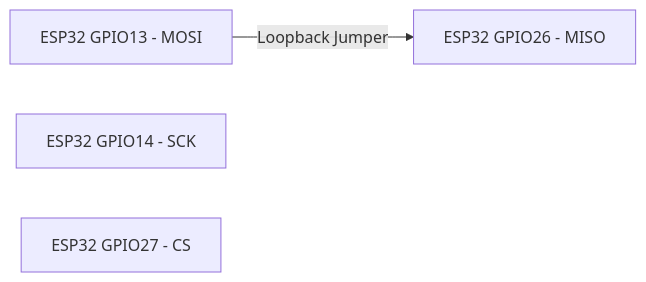
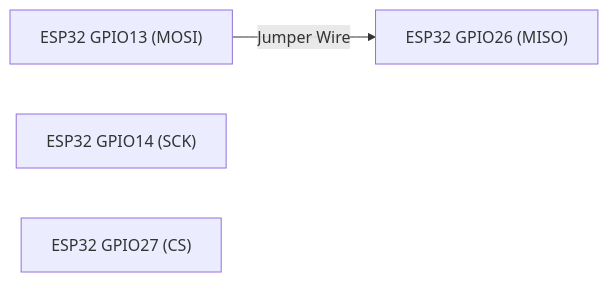
The third of 3 diagrams in README.md (bertaldearias/BCA188-Laboratory-8), drawn with Mermaid before and after one commit. The commit also changed other lines of this file, not shown here.

````diff
--- a/README.md
+++ b/README.md
@@ -112,6 +124,6 @@
 ```mermaid
 flowchart LR
-    MOSI["ESP32 GPIO13 - MOSI"] -->|"Loopback Jumper"| MISO["ESP32 GPIO26 - MISO"]
-    SCK["ESP32 GPIO14 - SCK"]
-    CS["ESP32 GPIO27 - CS"]
+    A["ESP32 GPIO13 (MOSI)"] -->|"Jumper Wire"| B["ESP32 GPIO26 (MISO)"]
+    C["ESP32 GPIO14 (SCK)"]
+    D["ESP32 GPIO27 (CS)"]
 ```
````
